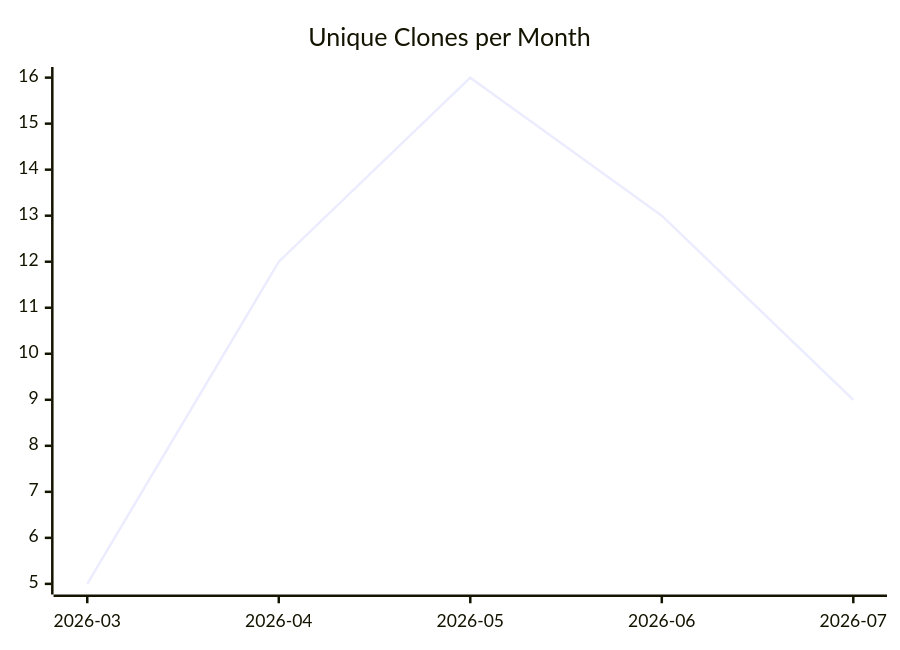
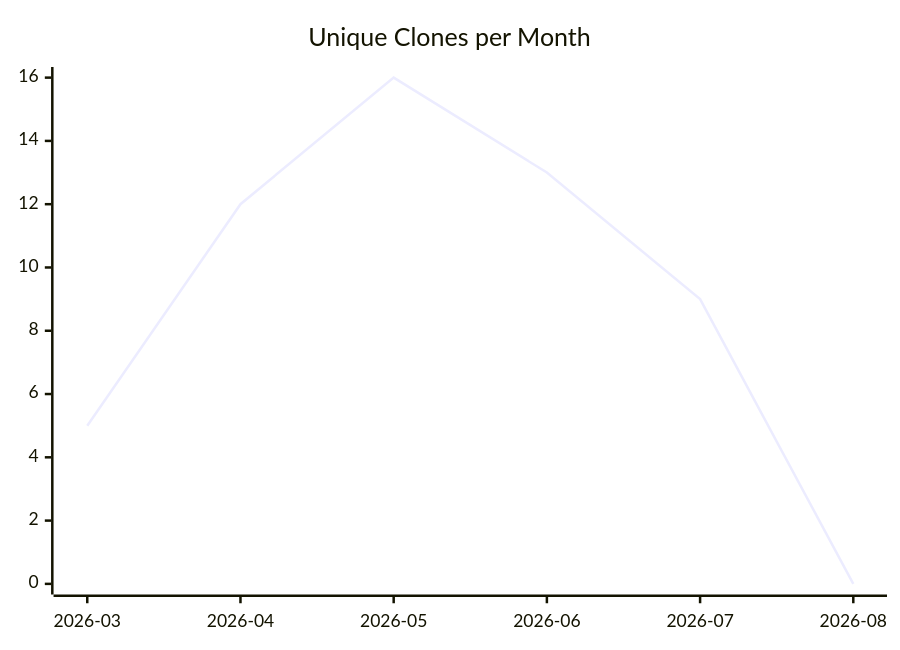
One commit to justdavis-family/github-analytics-data changed the third of 3 diagrams in karlmdavis/justdavis-karl/README.md. Above: the diagram before and after it, drawn with Mermaid. The commit also changed other lines of this file and 180 other files, not shown here.

````diff
--- a/karlmdavis/justdavis-karl/README.md
+++ b/karlmdavis/justdavis-karl/README.md
@@ -19,6 +19,6 @@
 ```mermaid
 xychart-beta
   title "Unique Clones per Month"
-  x-axis ["2026-03", "2026-04", "2026-05", "2026-06", "2026-07"]
-  line [5, 12, 16, 13, 9]
+  x-axis ["2026-03", "2026-04", "2026-05", "2026-06", "2026-07", "2026-08"]
+  line [5, 12, 16, 13, 9, 0]
 ```
````
